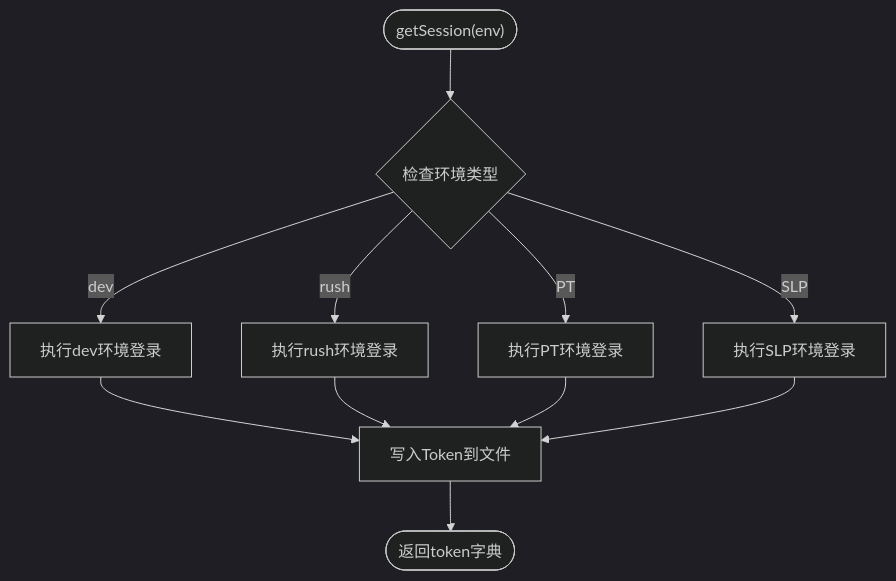
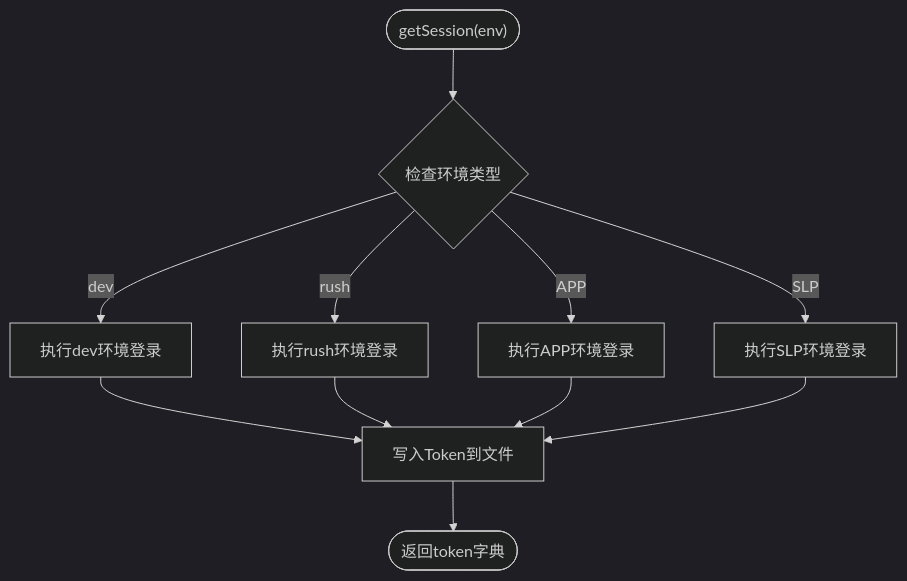
Before and after one commit to liximing1-ola/qa-payTest: the fifth of 13 diagrams in .qoder/repowiki/zh/content/自动化与CI_CD.md, drawn with Mermaid (dark theme). The commit also changed other lines of this file and 1 other file, not shown here.

First line of the commit message:
docs: 更新 .qoder/repowiki 文案，将 PT 改为 APP

````diff
--- a/.qoder/repowiki/zh/content/自动化与CI_CD.md
+++ b/.qoder/repowiki/zh/content/自动化与CI_CD.md
@@ -253,13 +253,13 @@
 ```mermaid
 flowchart TD
 Start(["getSession(env)"]) --> EnvCheck{"检查环境类型"}
 EnvCheck --> |dev| DevLogin["执行dev环境登录"]
 EnvCheck --> |rush| RushLogin["执行rush环境登录"]
-EnvCheck --> |PT| PTLogin["执行PT环境登录"]
+EnvCheck --> |APP| PTLogin["执行APP环境登录"]
 EnvCheck --> |SLP| SLPLogin["执行SLP环境登录"]
 DevLogin --> TokenWrite["写入Token到文件"]
 RushLogin --> TokenWrite
 PTLogin --> TokenWrite
 SLPLogin --> TokenWrite
 TokenWrite --> End(["返回token字典"])
 ```
````
